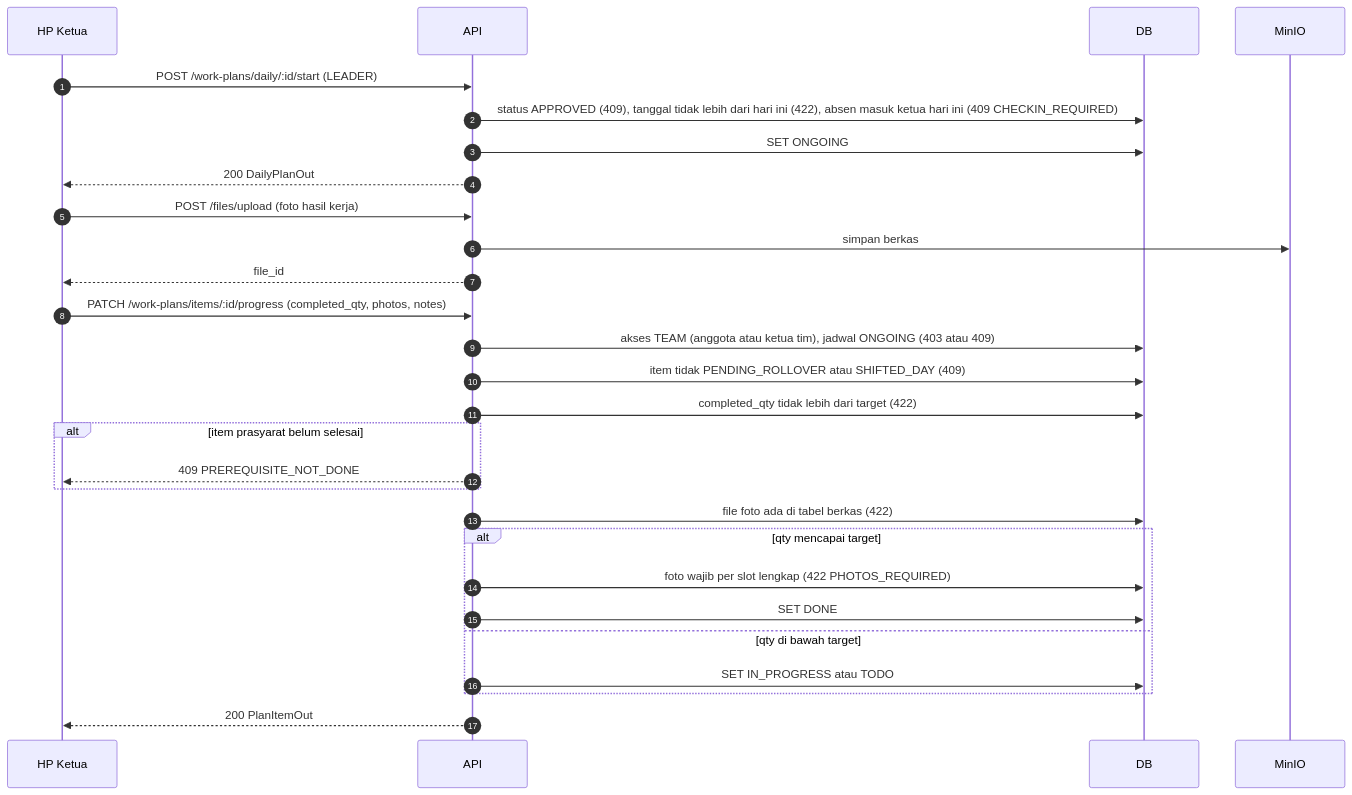
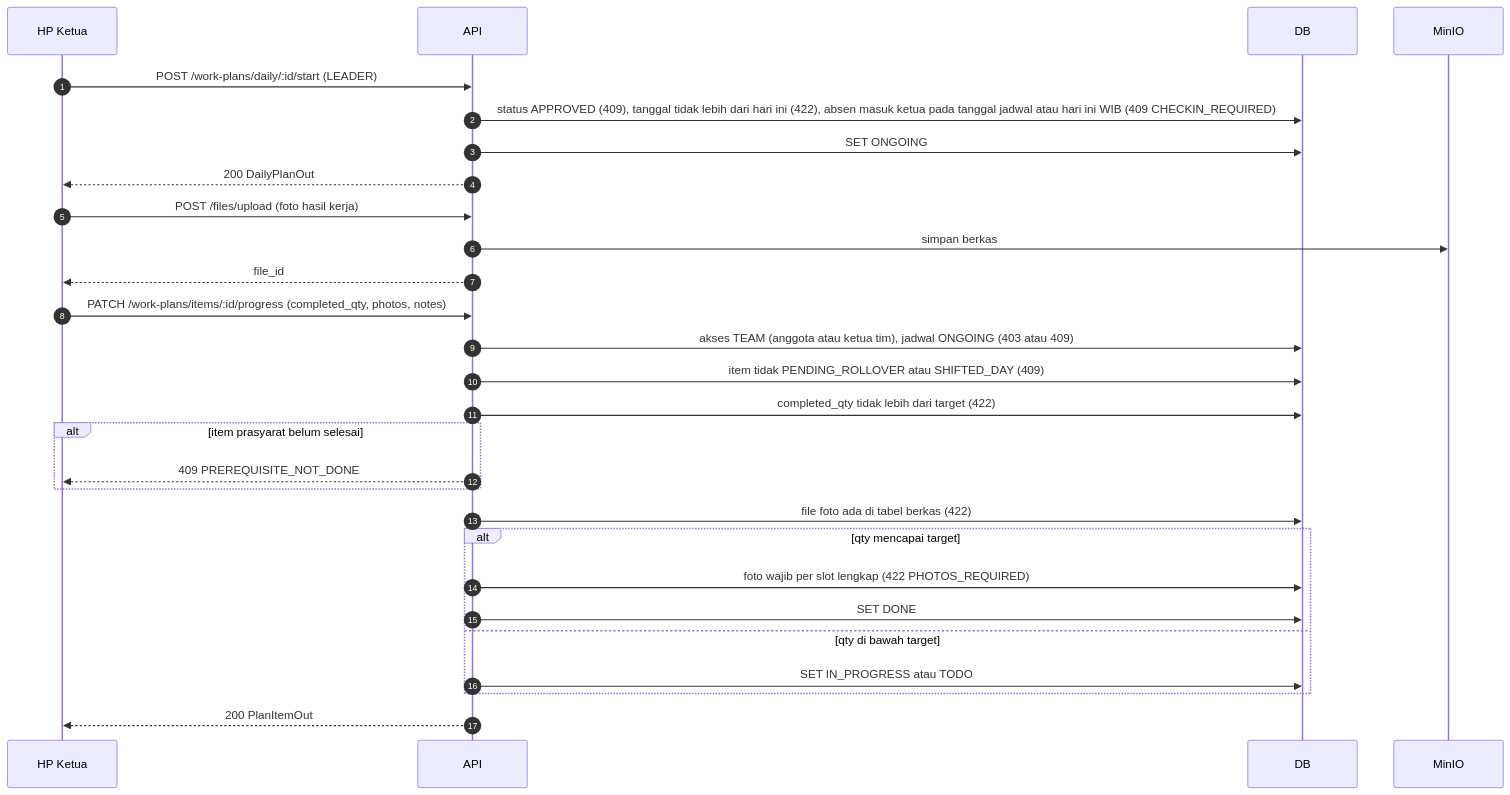
One commit to Visiontech-Indograha/visiontech-management-system changed the fourth of 10 diagrams in docs/diagram/03-sequence.md. Above: the diagram before and after it, drawn with Mermaid. The commit also changed 25 other files, not shown here.

First line of the commit message:
fix(jadwal): aturan urutan selesai, penerimaan foto, tanggal lampau, dan UX sel hari

````diff
--- a/docs/diagram/03-sequence.md
+++ b/docs/diagram/03-sequence.md
@@ -131,30 +131,30 @@
 ```mermaid
 sequenceDiagram
     autonumber
     participant K as HP Ketua
     participant A as API
     participant D as DB
     participant S as MinIO
     K->>A: POST /work-plans/daily/:id/start (LEADER)
-    A->>D: status APPROVED (409), tanggal tidak lebih dari hari ini (422), absen masuk ketua hari ini (409 CHECKIN_REQUIRED)
+    A->>D: status APPROVED (409), tanggal tidak lebih dari hari ini (422), absen masuk ketua pada tanggal jadwal atau hari ini WIB (409 CHECKIN_REQUIRED)
     A->>D: SET ONGOING
     A-->>K: 200 DailyPlanOut
     K->>A: POST /files/upload (foto hasil kerja)
     A->>S: simpan berkas
     A-->>K: file_id
     K->>A: PATCH /work-plans/items/:id/progress (completed_qty, photos, notes)
     A->>D: akses TEAM (anggota atau ketua tim), jadwal ONGOING (403 atau 409)
     A->>D: item tidak PENDING_ROLLOVER atau SHIFTED_DAY (409)
     A->>D: completed_qty tidak lebih dari target (422)
     alt item prasyarat belum selesai
         A-->>K: 409 PREREQUISITE_NOT_DONE
     end
     A->>D: file foto ada di tabel berkas (422)
     alt qty mencapai target
         A->>D: foto wajib per slot lengkap (422 PHOTOS_REQUIRED)
         A->>D: SET DONE
     else qty di bawah target
         A->>D: SET IN_PROGRESS atau TODO
     end
     A-->>K: 200 PlanItemOut
 ```
````
